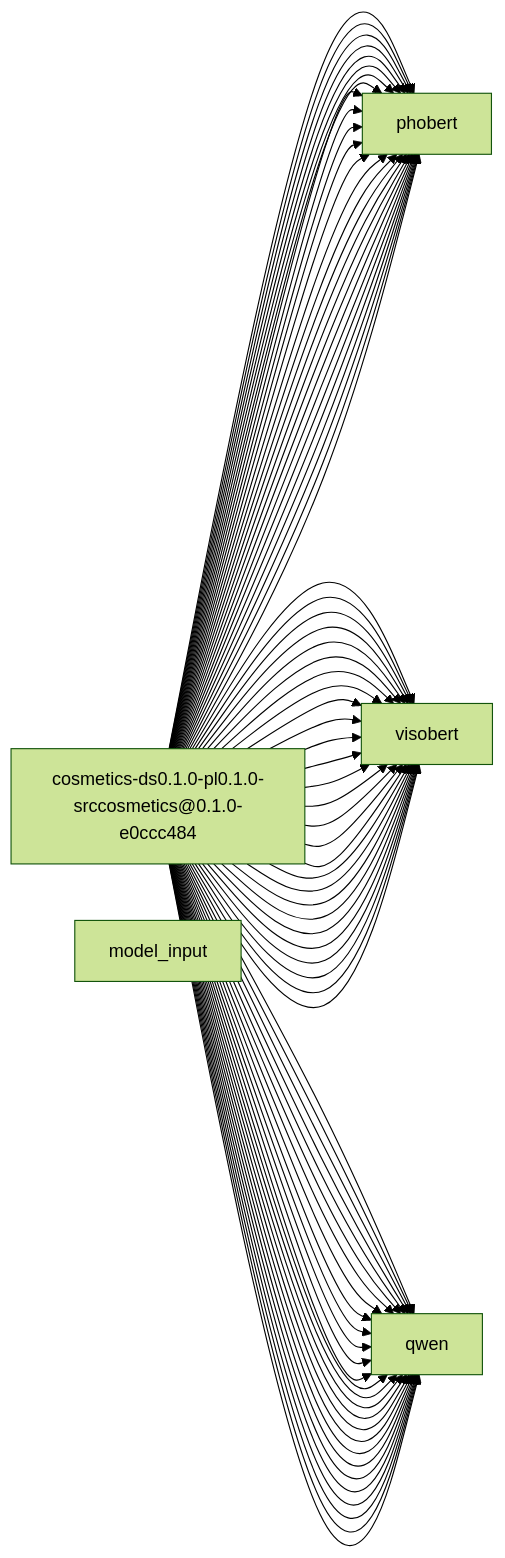
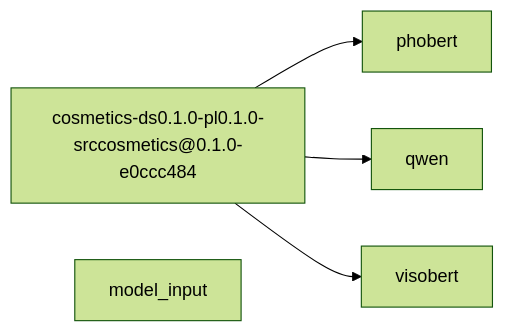
The diagram in data/reports/model_input/model_input.md (TrieuKhac-dev/SentimentX), drawn with Mermaid (forest theme) before and after one commit. The commit also changed 4 other files, not shown here.

````diff
--- a/data/reports/model_input/model_input.md
+++ b/data/reports/model_input/model_input.md
@@ -4,88 +4,10 @@
 graph LR
   n1["cosmetics-ds0.1.0-pl0.1.0-srccosmetics@0.1.0-e0ccc484"]
   n2["phobert"]
-  n3["visobert"]
-  n4["qwen"]
+  n3["qwen"]
+  n4["visobert"]
   n5["model_input"]
   n1 --> n2
-  n1 --> n2
-  n1 --> n2
-  n1 --> n3
-  n1 --> n3
   n1 --> n3
   n1 --> n4
-  n1 --> n4
-  n1 --> n4
-  n1 --> n2
-  n1 --> n2
-  n1 --> n2
-  n1 --> n3
-  n1 --> n3
-  n1 --> n3
-  n1 --> n4
-  n1 --> n4
-  n1 --> n4
-  n1 --> n2
-  n1 --> n2
-  n1 --> n2
-  n1 --> n3
-  n1 --> n3
-  n1 --> n3
-  n1 --> n4
-  n1 --> n4
-  n1 --> n4
-  n1 --> n2
-  n1 --> n2
-  n1 --> n2
-  n1 --> n3
-  n1 --> n3
-  n1 --> n3
-  n1 --> n4
-  n1 --> n4
-  n1 --> n4
-  n1 --> n2
-  n1 --> n2
-  n1 --> n2
-  n1 --> n3
-  n1 --> n3
-  n1 --> n3
-  n1 --> n4
-  n1 --> n4
-  n1 --> n4
-  n1 --> n2
-  n1 --> n2
-  n1 --> n2
-  n1 --> n3
-  n1 --> n3
-  n1 --> n3
-  n1 --> n4
-  n1 --> n4
-  n1 --> n4
-  n1 --> n2
-  n1 --> n2
-  n1 --> n2
-  n1 --> n3
-  n1 --> n3
-  n1 --> n3
-  n1 --> n4
-  n1 --> n4
-  n1 --> n4
-  n1 --> n2
-  n1 --> n2
-  n1 --> n2
-  n1 --> n3
-  n1 --> n3
-  n1 --> n3
-  n1 --> n4
-  n1 --> n4
-  n1 --> n4
-  n1 --> n2
-  n1 --> n2
-  n1 --> n2
-  n1 --> n3
-  n1 --> n3
-  n1 --> n3
-  n1 --> n4
-  n1 --> n4
-  n1 --> n4
 ```
````
